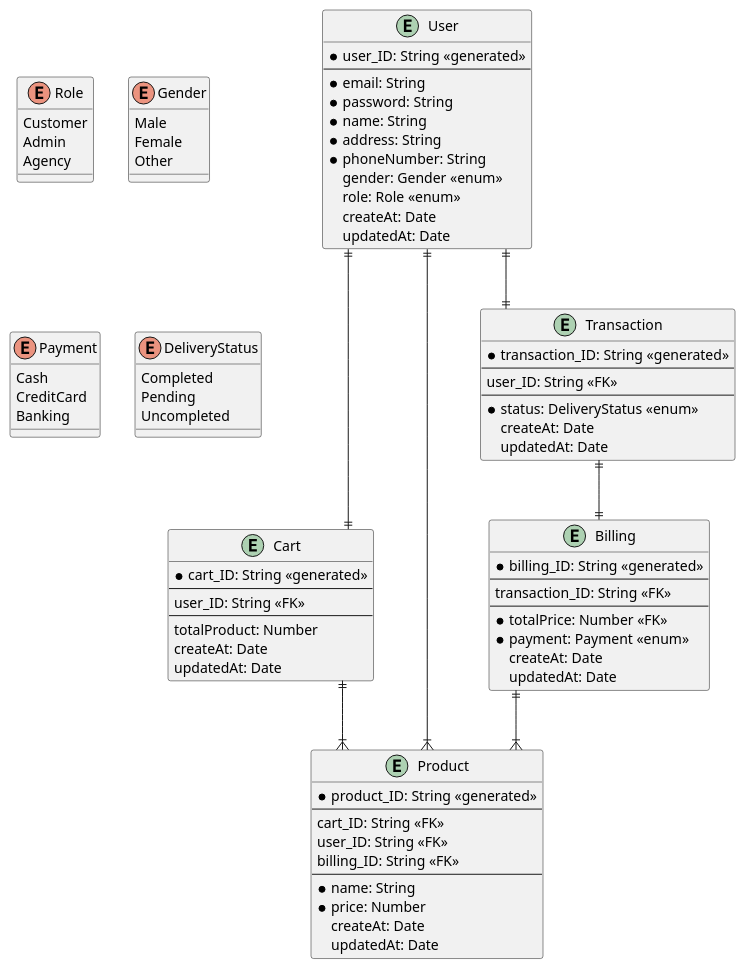
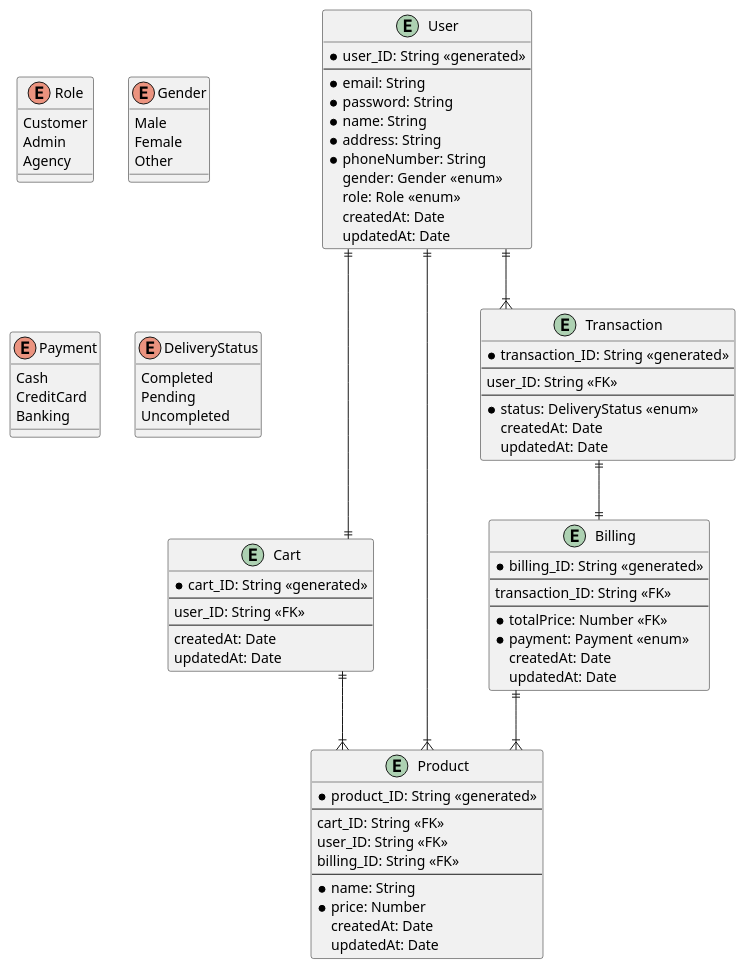
The diagram in Study/backend/docs/entity/erd.plantuml (thang0206/SET_Test-Backend), drawn with PlantUML before and after one commit. The commit also changed 36 other files, not shown here.

```diff
--- a/Study/backend/docs/entity/erd.plantuml
+++ b/Study/backend/docs/entity/erd.plantuml
@@ -1,95 +1,94 @@
 @startuml an e-commercial platform
 
 skinparam linetype ortho
 
 entity User {
     *user_ID: String <<generated>>
     --
     *email: String
     *password: String
     *name: String
     *address: String
     *phoneNumber: String
     gender: Gender <<enum>>
     role: Role <<enum>>
-    createAt: Date
+    createdAt: Date
     updatedAt: Date
 }
 
 entity Cart {
     *cart_ID: String <<generated>>
     --
     user_ID: String <<FK>>
     --
-    totalProduct: Number
-    createAt: Date
+    createdAt: Date
     updatedAt: Date
 }
 
 entity Product {
     *product_ID: String <<generated>>
     --
     cart_ID: String <<FK>>
     user_ID: String <<FK>>
     billing_ID: String <<FK>>
     --
     *name: String
     *price: Number
-    createAt: Date
+    createdAt: Date
     updatedAt: Date
 }
 
 entity Transaction {
     *transaction_ID: String <<generated>>
     --
     user_ID: String <<FK>>
     --
     *status: DeliveryStatus <<enum>>
-    createAt: Date
+    createdAt: Date
     updatedAt: Date
 }
 
 entity Billing {
     *billing_ID: String <<generated>>
     --
     transaction_ID: String <<FK>>
     --
     *totalPrice: Number <<FK>>
     *payment: Payment <<enum>>
-    createAt: Date
+    createdAt: Date
     updatedAt: Date
 }
 
 enum Role {
     Customer
     Admin
     Agency
 }
 
 enum Gender {
     Male
     Female
     Other
 }
 
 enum Payment {
     Cash
     CreditCard
     Banking
 }
 
 enum DeliveryStatus {
     Completed
     Pending
     Uncompleted
 }
 
 
 User ||--|| Cart
-User ||--|| Transaction
+User ||--|{ Transaction
 User ||--|{ Product
 Cart ||--|{ Product
 Billing ||--|{ Product
 Transaction ||--|| Billing
 
 @enduml
```
